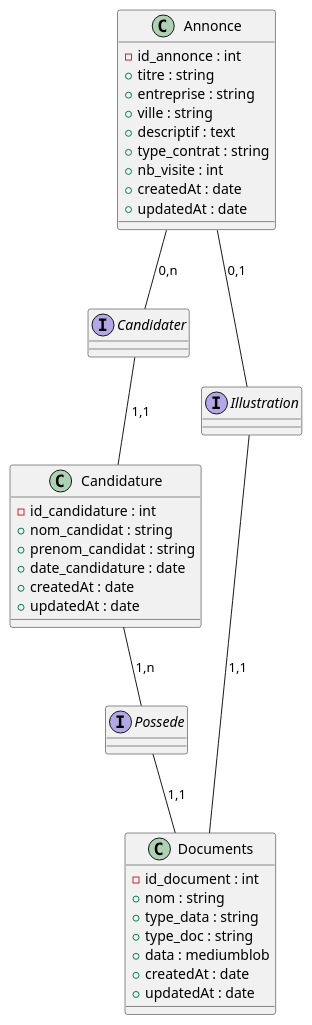
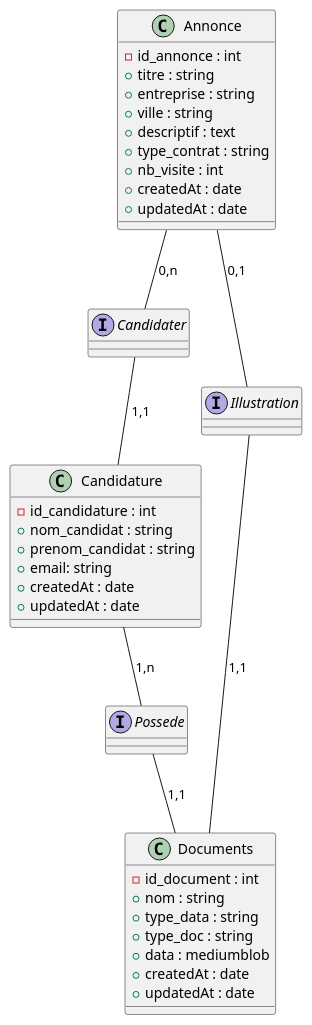
Before and after one commit to tteuru09/ProjetOHIPA: the diagram in Docs/Backend/MCD.plantuml, drawn with PlantUML. The commit also changed 1 other file, not shown here.

```diff
--- a/Docs/Backend/MCD.plantuml
+++ b/Docs/Backend/MCD.plantuml
@@ -1,48 +1,48 @@
 @startuml MCD
 
 class Annonce{
     -id_annonce : int
     +titre : string
     +entreprise : string
     +ville : string
     +descriptif : text
     +type_contrat : string
     +nb_visite : int   
     +createdAt : date
     +updatedAt : date  
 }
 
 class Candidature{
     -id_candidature : int
     +nom_candidat : string
     +prenom_candidat : string
-    +date_candidature : date
+    +email: string
     +createdAt : date
     +updatedAt : date
 }
 
 class Documents{
     -id_document : int
     +nom : string
     +type_data : string
     +type_doc : string
     +data : mediumblob
     +createdAt : date
     +updatedAt : date
 }
 
 interface Candidater 
 interface Possede 
 interface Illustration 
 
 
 Annonce -- Candidater : 0,n
 Candidater -- Candidature : 1,1
 
 Annonce -- Illustration : 0,1
 Illustration -- Documents : 1,1
 
 Candidature -- Possede : 1,n
 Possede -- Documents : 1,1
 
 @enduml
```
